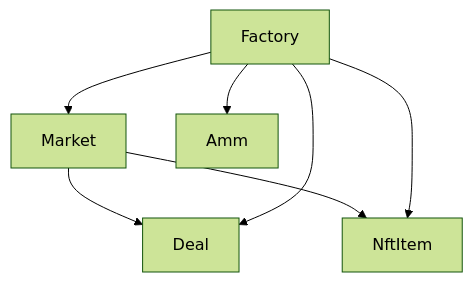
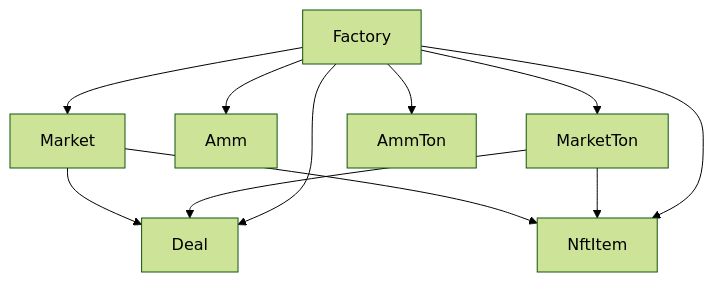
One commit to tonify-dev/tonify-contracts changed the second of 2 diagrams in build/Factory/tact_Factory.md. Above: the diagram before and after it, drawn with Mermaid (forest theme). The commit also changed other lines of this file and 51 other files, not shown here.

Commit message:
add amm ton

````diff
--- a/build/Factory/tact_Factory.md
+++ b/build/Factory/tact_Factory.md
@@ -377,10 +405,14 @@
 ```mermaid
 graph TD
 Factory
 Factory --> Market
 Market --> Deal
 Market --> NftItem
 Factory --> Amm
+Factory --> MarketTon
+MarketTon --> Deal
+MarketTon --> NftItem
+Factory --> AmmTon
 Factory --> Deal
 Factory --> NftItem
 ```
````
